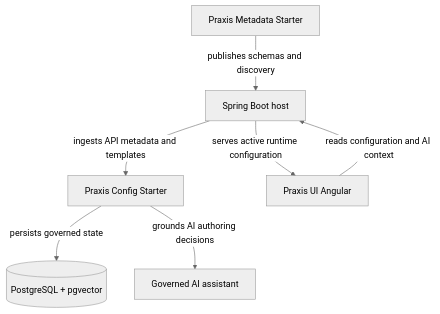
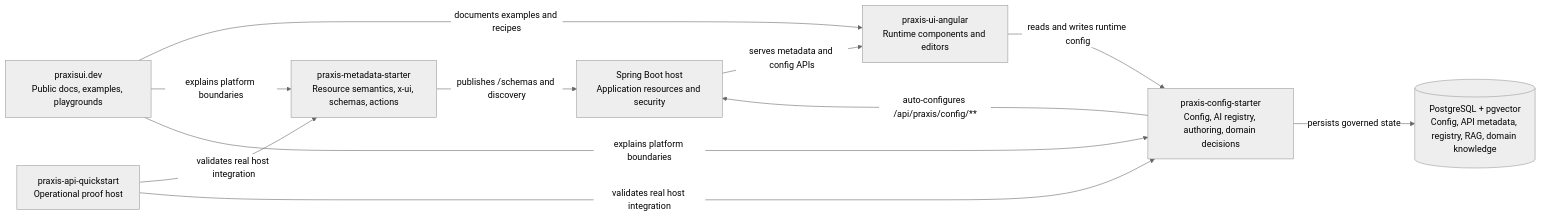
Before and after one commit to codexrodrigues/praxis-config-starter: the first of 3 diagrams in README.md, drawn with Mermaid (neutral theme). The commit also changed other lines of this file, not shown here.

Commit message:
Add platform diagrams to README

````diff
--- a/README.md
+++ b/README.md
@@ -65,9 +67,21 @@
 ```mermaid
-flowchart TD
-    metadata["Praxis Metadata Starter"] -->|publishes schemas and discovery| host["Spring Boot host"]
-    host -->|ingests API metadata and templates| config["Praxis Config Starter"]
-    config -->|persists governed state| postgres[("PostgreSQL + pgvector")]
-    angular["Praxis UI Angular"] -->|reads configuration and AI context| host
-    host -->|serves active runtime configuration| angular
-    config -->|grounds AI authoring decisions| assistant["Governed AI assistant"]
+flowchart LR
+    metadata["praxis-metadata-starter<br/>Resource semantics, x-ui, schemas, actions"]
+    host["Spring Boot host<br/>Application resources and security"]
+    config["praxis-config-starter<br/>Config, AI registry, authoring, domain decisions"]
+    db[("PostgreSQL + pgvector<br/>Config, API metadata, registry, RAG, domain knowledge")]
+    angular["praxis-ui-angular<br/>Runtime components and editors"]
+    site["praxisui.dev<br/>Public docs, examples, playgrounds"]
+    quickstart["praxis-api-quickstart<br/>Operational proof host"]
+
+    metadata -->|"publishes /schemas and discovery"| host
+    config -->|"auto-configures /api/praxis/config/**"| host
+    host -->|"serves metadata and config APIs"| angular
+    angular -->|"reads and writes runtime config"| config
+    config -->|"persists governed state"| db
+    site -->|"documents examples and recipes"| angular
+    site -->|"explains platform boundaries"| metadata
+    site -->|"explains platform boundaries"| config
+    quickstart -->|"validates real host integration"| metadata
+    quickstart -->|"validates real host integration"| config
 ```
````
